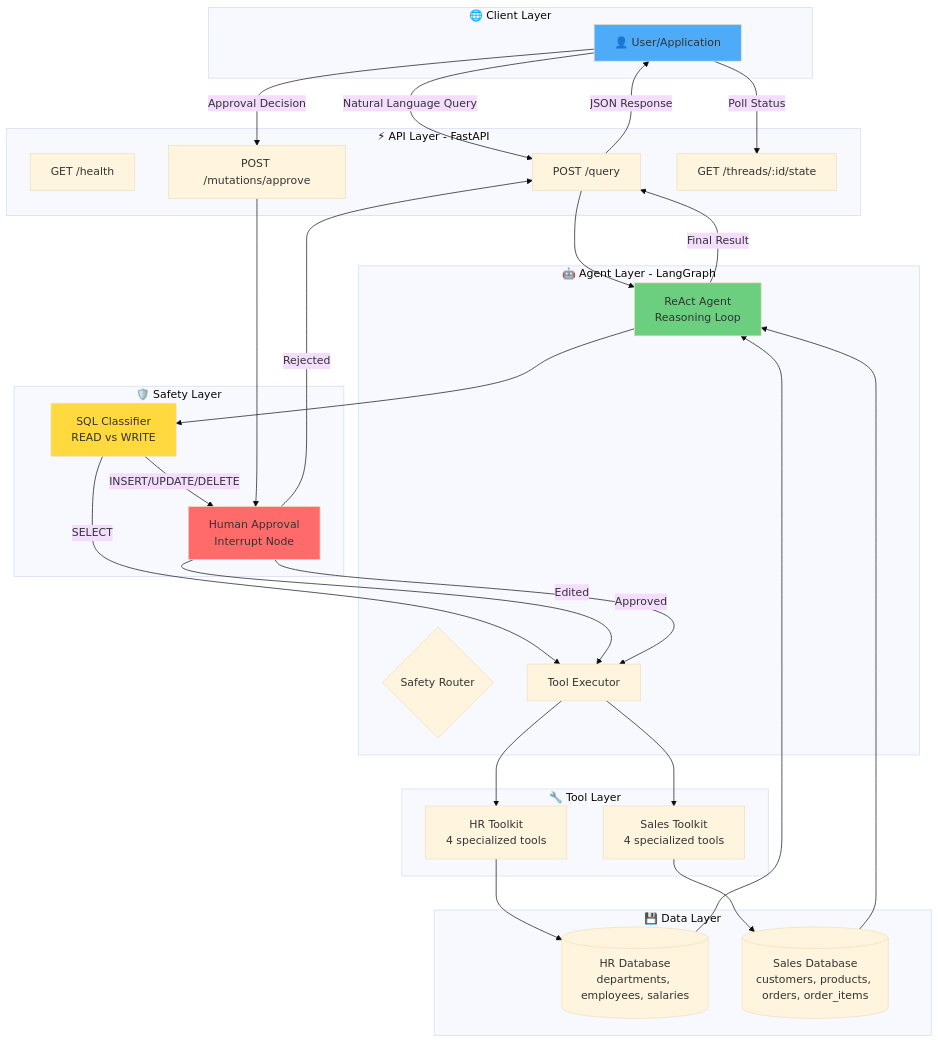
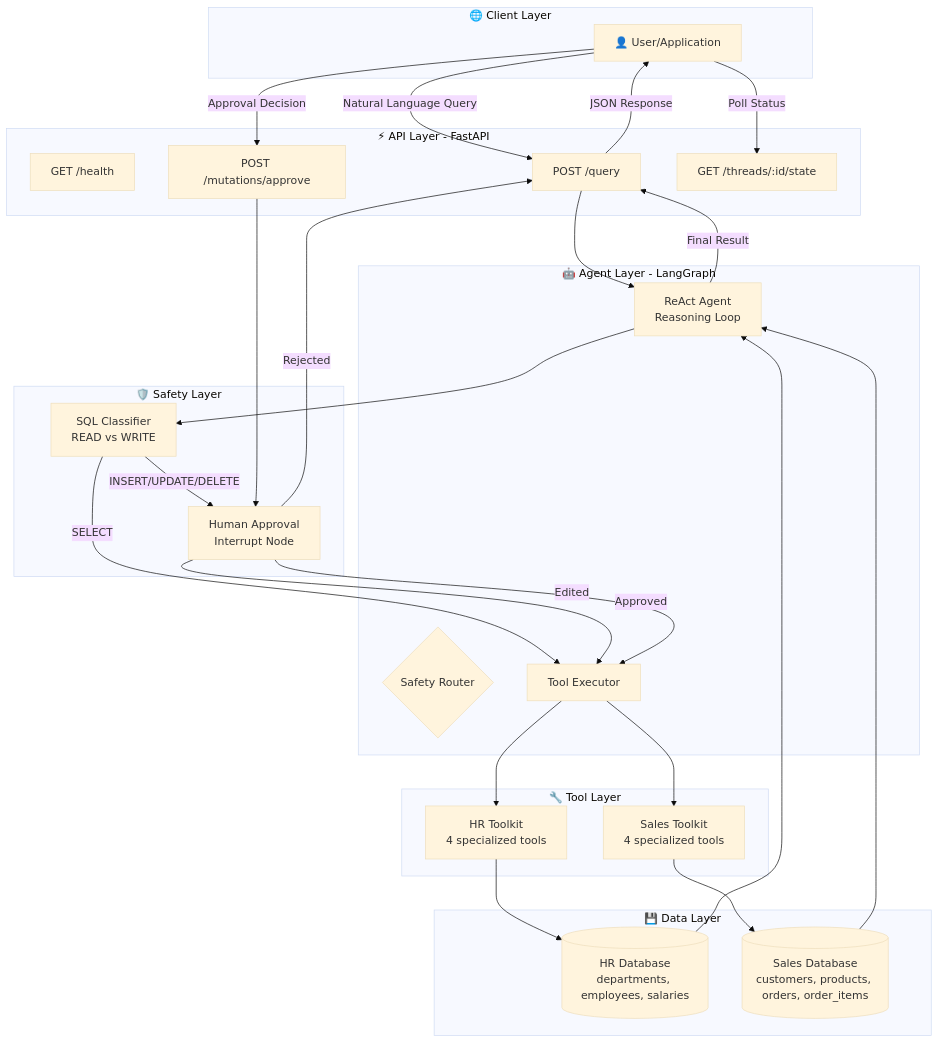
The first of 3 diagrams in README.md (Spkap/SQl-Guardian), drawn with Mermaid (base theme) before and after one commit. The commit also changed other lines of this file, not shown here.

````diff
--- a/README.md
+++ b/README.md
@@ -62,66 +62,62 @@
 ```mermaid
 graph TB
     subgraph Client["🌐 Client Layer"]
         USER[👤 User/Application]
     end
 
     subgraph API["⚡ API Layer - FastAPI"]
         HEALTH[GET /health]
         QUERY[POST /query]
         APPROVE[POST /mutations/approve]
         STATUS[GET /threads/:id/state]
     end
 
     subgraph Agent["🤖 Agent Layer - LangGraph"]
         REACT[ReAct Agent<br/>Reasoning Loop]
         ROUTER{Safety Router}
         EXECUTOR[Tool Executor]
     end
 
     subgraph Safety["🛡️ Safety Layer"]
         CLASSIFIER[SQL Classifier<br/>READ vs WRITE]
         INTERRUPT[Human Approval<br/>Interrupt Node]
     end
 
     subgraph Tools["🔧 Tool Layer"]
         HR_TOOLS[HR Toolkit<br/>4 specialized tools]
         SALES_TOOLS[Sales Toolkit<br/>4 specialized tools]
     end
 
     subgraph Data["💾 Data Layer"]
         HR_DB[(HR Database<br/>departments, employees, salaries)]
         SALES_DB[(Sales Database<br/>customers, products, orders, order_items)]
     end
 
     USER -->|Natural Language Query| QUERY
     QUERY --> REACT
     REACT --> CLASSIFIER
     CLASSIFIER -->|SELECT| EXECUTOR
     CLASSIFIER -->|INSERT/UPDATE/DELETE| INTERRUPT
 
     INTERRUPT -->|Approved| EXECUTOR
     INTERRUPT -->|Rejected| QUERY
     INTERRUPT -->|Edited| EXECUTOR
 
     EXECUTOR --> HR_TOOLS
     EXECUTOR --> SALES_TOOLS
 
     HR_TOOLS --> HR_DB
     SALES_TOOLS --> SALES_DB
 
     HR_DB --> REACT
     SALES_DB --> REACT
 
     REACT -->|Final Result| QUERY
     QUERY -->|JSON Response| USER
 
     USER -->|Approval Decision| APPROVE
     APPROVE --> INTERRUPT
 
     USER -->|Poll Status| STATUS
 
-    style INTERRUPT fill:#ff6b6b
-    style CLASSIFIER fill:#ffd93d
-    style REACT fill:#6bcf7f
-    style USER fill:#4dabf7
 ```
````
